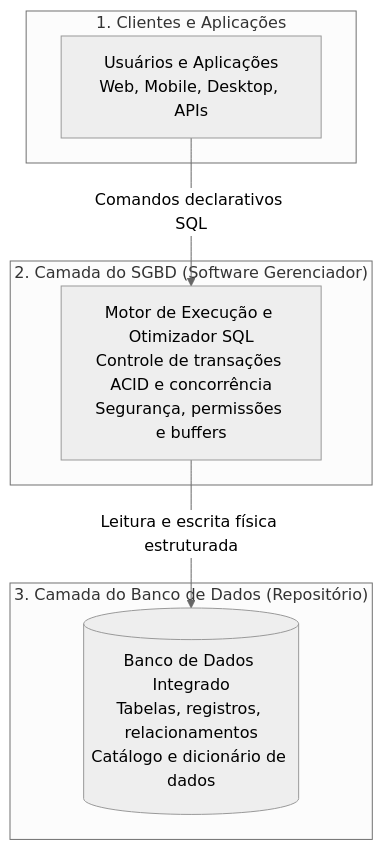
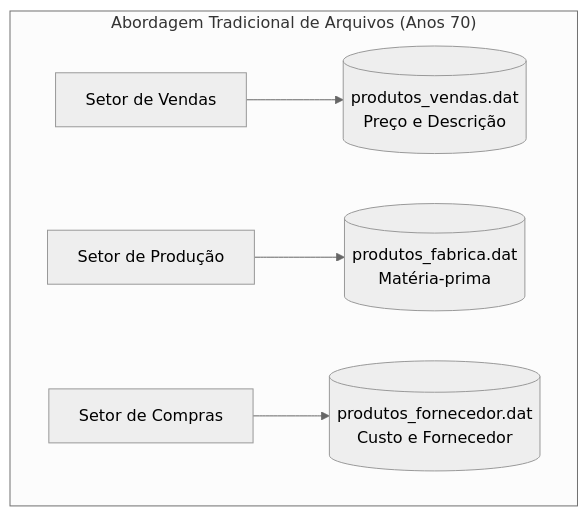
One commit to leorruas/puc changed the first of 4 diagrams in 02. Modelagem de Dados/02. Abordagem de arquivos vs. abordagem de banco de dados.md. Above: the diagram before and after it, drawn with Mermaid (neutral theme). The commit also changed other lines of this file and 2 other files, not shown here.

Commit message:
feat(modelagem-dados): integrate user lecture notes into article 02 and add rule 19

````diff
--- a/02. Modelagem de Dados/02. Abordagem de arquivos vs. abordagem de banco de dados.md
+++ b/02. Modelagem de Dados/02. Abordagem de arquivos vs. abordagem de banco de dados.md
@@ -65,17 +54,8 @@
 ```mermaid
 flowchart TD
-    subgraph SubgraphAplicacoes["1. Clientes e Aplicações"]
-        Apps["Usuários e Aplicações<br>Web, Mobile, Desktop, APIs"]
+    subgraph SubgraphArquivos["Abordagem Tradicional de Arquivos (Anos 70)"]
+        Vendas["Setor de Vendas"] --> FileVendas[("produtos_vendas.dat<br>Preço e Descrição")]
+        Prod["Setor de Produção"] --> FileProd[("produtos_fabrica.dat<br>Matéria-prima")]
+        Compras["Setor de Compras"] --> FileCompras[("produtos_fornecedor.dat<br>Custo e Fornecedor")]
     end
-
-    subgraph SubgraphSGBD["2. Camada do SGBD (Software Gerenciador)"]
-        Motor["Motor de Execução e Otimizador SQL<br>Controle de transações ACID e concorrência<br>Segurança, permissões e buffers"]
-    end
-
-    subgraph SubgraphBD["3. Camada do Banco de Dados (Repositório)"]
-        Dados[("Banco de Dados Integrado<br>Tabelas, registros, relacionamentos<br>Catálogo e dicionário de dados")]
-    end
-
-    Apps -->|"Comandos declarativos SQL"| Motor
-    Motor -->|"Leitura e escrita física estruturada"| Dados
 ```
````
